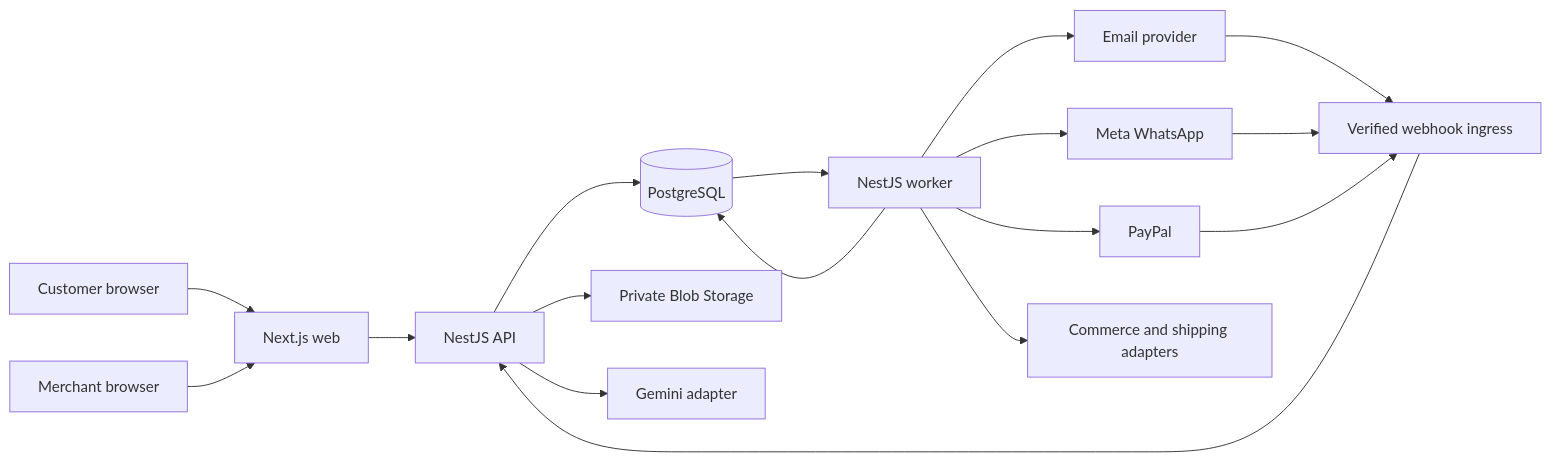
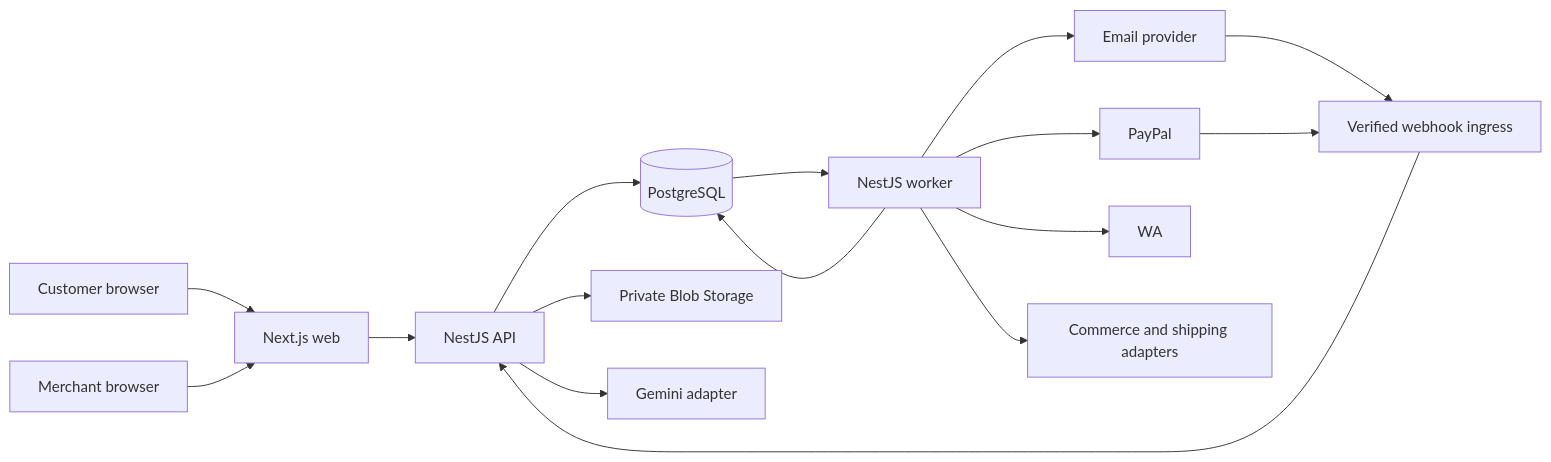
The first of 2 diagrams in plan.md (annie-bhaiya/rp), drawn with Mermaid before and after one commit. The commit also changed other lines of this file and 433 other files, not shown here.

Commit message:
feat: complete APIMatic platform, Bryntum Gantt Enterprise v8.0.1, and Azure deployment

````diff
--- a/plan.md
+++ b/plan.md
@@ -98,19 +97,18 @@
 ```mermaid
 flowchart LR
     C[Customer browser] --> W[Next.js web]
     M[Merchant browser] --> W
     W --> A[NestJS API]
     E[Email provider] --> H[Verified webhook ingress]
-    WA[Meta WhatsApp] --> H
     P[PayPal] --> H
     H --> A
     A --> D[(PostgreSQL)]
     A --> B[Private Blob Storage]
     A --> G[Gemini adapter]
     D --> J[NestJS worker]
     J --> D
     J --> P
     J --> E
     J --> WA
     J --> S[Commerce and shipping adapters]
 ```
````
